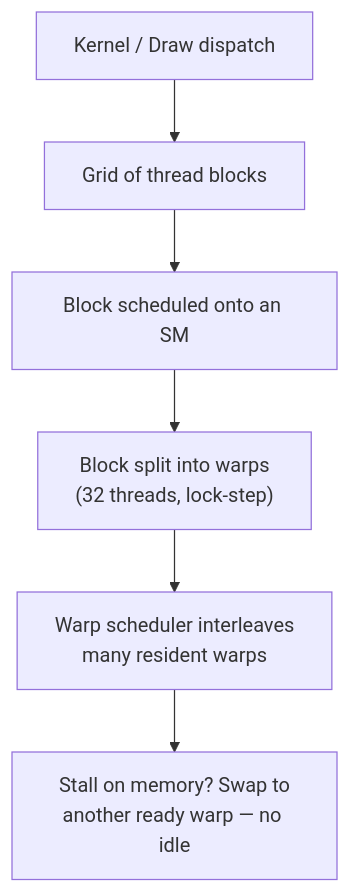
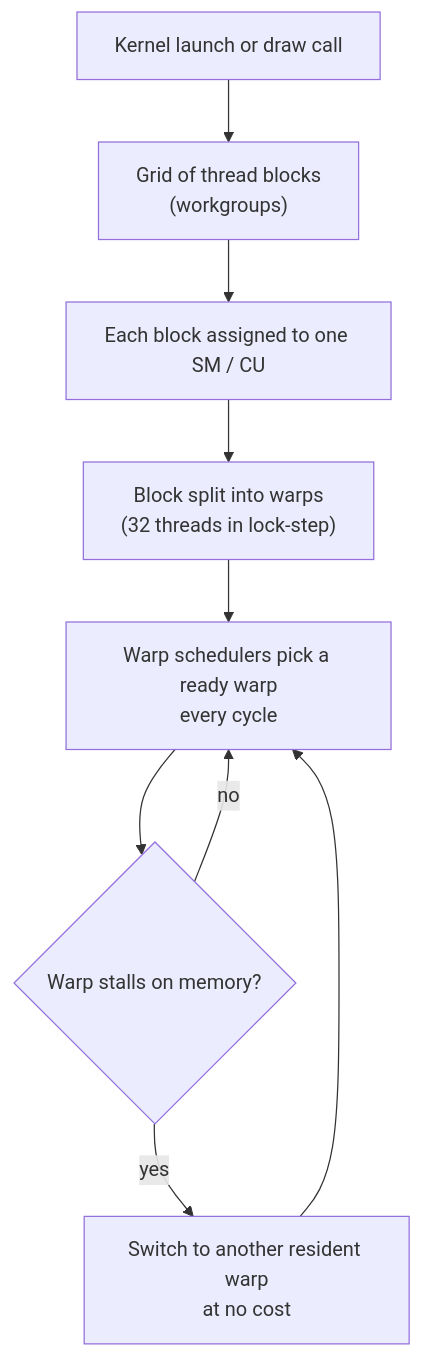
The first of 5 diagrams in github-pages/docs/optimization/gpu-optimization.md (AndrewAltimit/Documentation), drawn with Mermaid before and after one commit. The commit also changed other lines of this file and 240 other files, not shown here.

````diff
--- a/github-pages/docs/optimization/gpu-optimization.md
+++ b/github-pages/docs/optimization/gpu-optimization.md
@@ -27,8 +32,11 @@
 ```mermaid
 flowchart TD
-    A["Kernel / Draw dispatch"] --> B["Grid of thread blocks"]
-    B --> C["Block scheduled onto an SM"]
-    C --> D["Block split into warps<br/>(32 threads, lock-step)"]
-    D --> E["Warp scheduler interleaves<br/>many resident warps"]
-    E --> F["Stall on memory? Swap to<br/>another ready warp — no idle"]
+    A["Kernel launch or draw call"] --> B["Grid of thread blocks<br/>(workgroups)"]
+    B --> C["Each block assigned to one SM / CU"]
+    C --> D["Block split into warps<br/>(32 threads in lock-step)"]
+    D --> E["Warp schedulers pick a ready warp<br/>every cycle"]
+    E --> F{"Warp stalls on memory?"}
+    F -->|"yes"| G["Switch to another resident warp<br/>at no cost"]
+    F -->|"no"| E
+    G --> E
 ```
````
